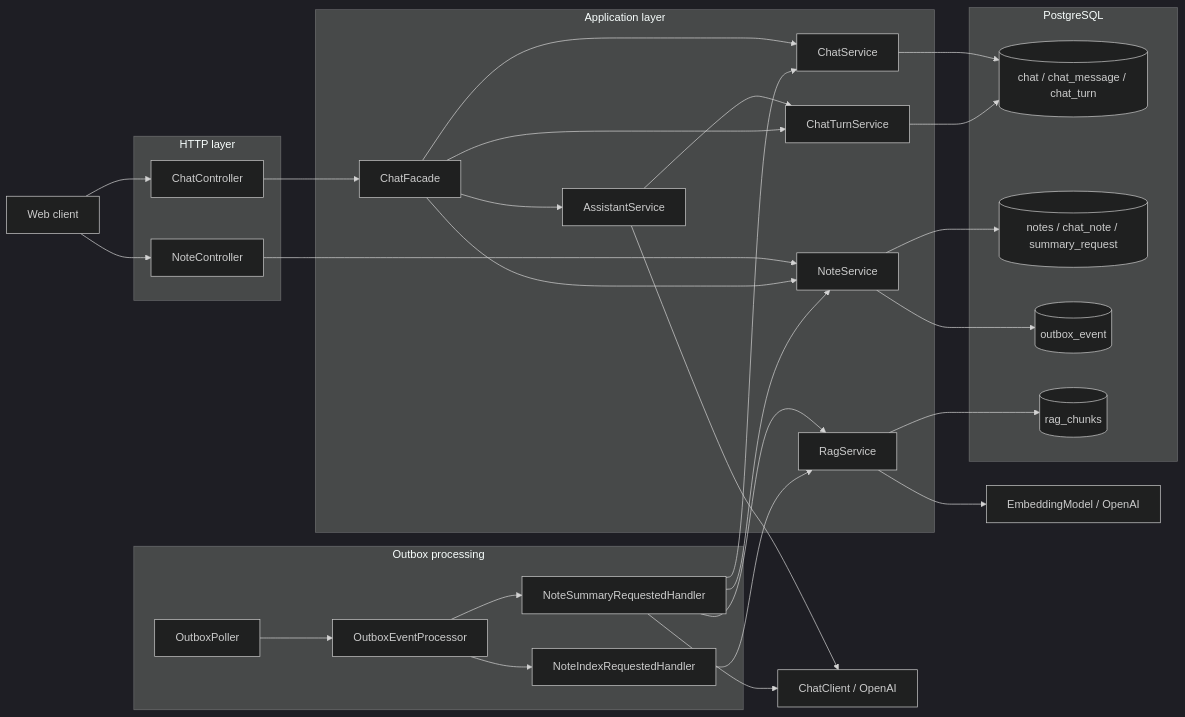
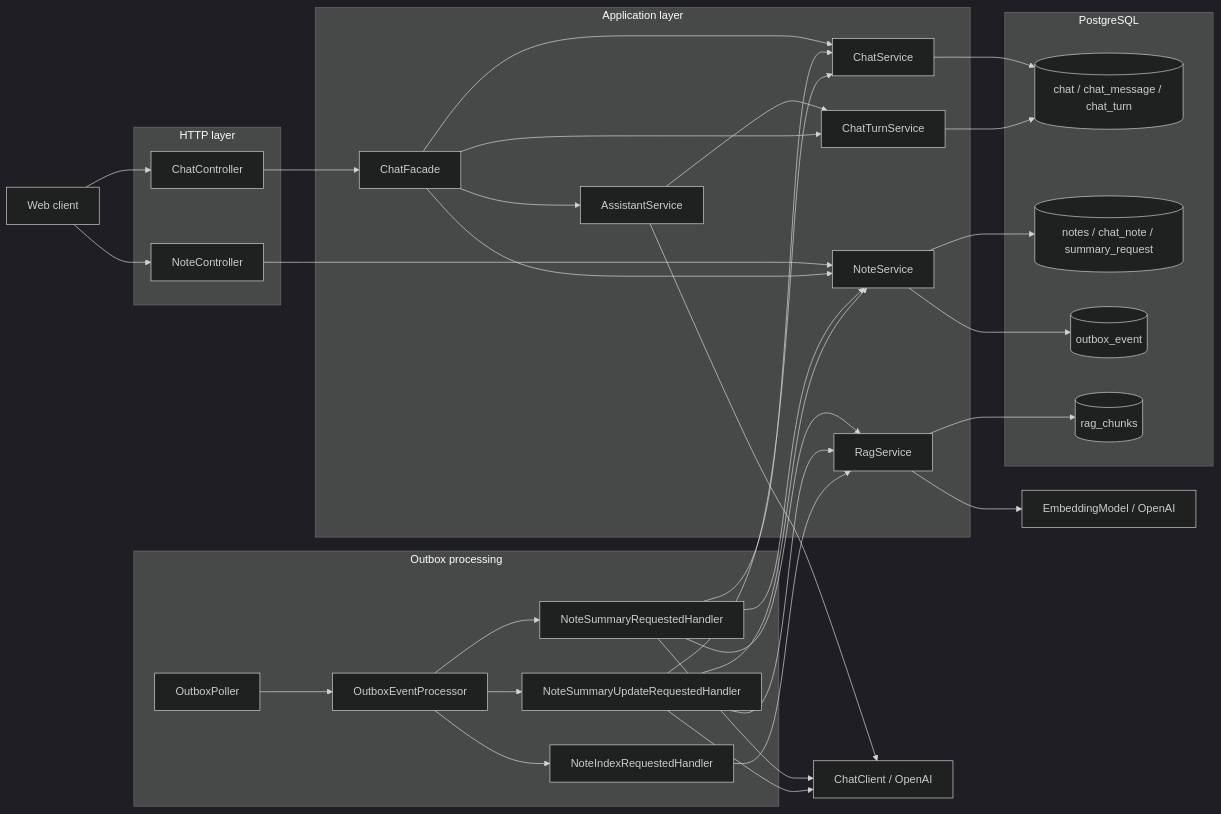
One commit to sokolov-r-u/uliss changed the first of 10 diagrams in module/note/note-app/REQUEST_FLOWS.md. Above: the diagram before and after it, drawn with Mermaid (dark theme). The commit also changed other lines of this file and 110 other files, not shown here.

````diff
--- a/module/note/note-app/REQUEST_FLOWS.md
+++ b/module/note/note-app/REQUEST_FLOWS.md
@@ -9,53 +9,59 @@
 ```mermaid
 flowchart LR
     Client[Web client]
 
     subgraph HTTP[HTTP layer]
         ChatController
         NoteController
     end
 
     subgraph Application[Application layer]
         ChatFacade
         ChatService
         AssistantService
         ChatTurnService
         NoteService
         RagService
     end
 
     subgraph Async[Outbox processing]
         OutboxPoller
         OutboxEventProcessor
         SummaryHandler[NoteSummaryRequestedHandler]
+        UpdateHandler[NoteSummaryUpdateRequestedHandler]
         IndexHandler[NoteIndexRequestedHandler]
     end
 
     subgraph Persistence[PostgreSQL]
         ChatTables[(chat / chat_message / chat_turn)]
         NoteTables[(notes / chat_note / summary_request)]
         OutboxTable[(outbox_event)]
         RagChunks[(rag_chunks)]
     end
 
   ChatModel[ChatClient / OpenAI]
     EmbeddingModel[EmbeddingModel / OpenAI]
     Client --> ChatController --> ChatFacade
     Client --> NoteController --> NoteService
     ChatFacade --> ChatService --> ChatTables
     ChatFacade --> AssistantService --> ChatTurnService --> ChatTables
   ChatFacade --> ChatTurnService
     ChatFacade --> NoteService --> NoteTables
     NoteService --> OutboxTable
     AssistantService --> ChatModel
     OutboxPoller --> OutboxEventProcessor
     OutboxEventProcessor --> SummaryHandler
     OutboxEventProcessor --> IndexHandler
     SummaryHandler --> ChatService
     SummaryHandler --> RagService
     SummaryHandler --> ChatModel
     SummaryHandler --> NoteService
+    OutboxEventProcessor --> UpdateHandler
+    UpdateHandler --> ChatService
+    UpdateHandler --> RagService
+    UpdateHandler --> ChatModel
+    UpdateHandler --> NoteService
     IndexHandler --> RagService
     RagService --> EmbeddingModel
     RagService --> RagChunks
 ```
````
